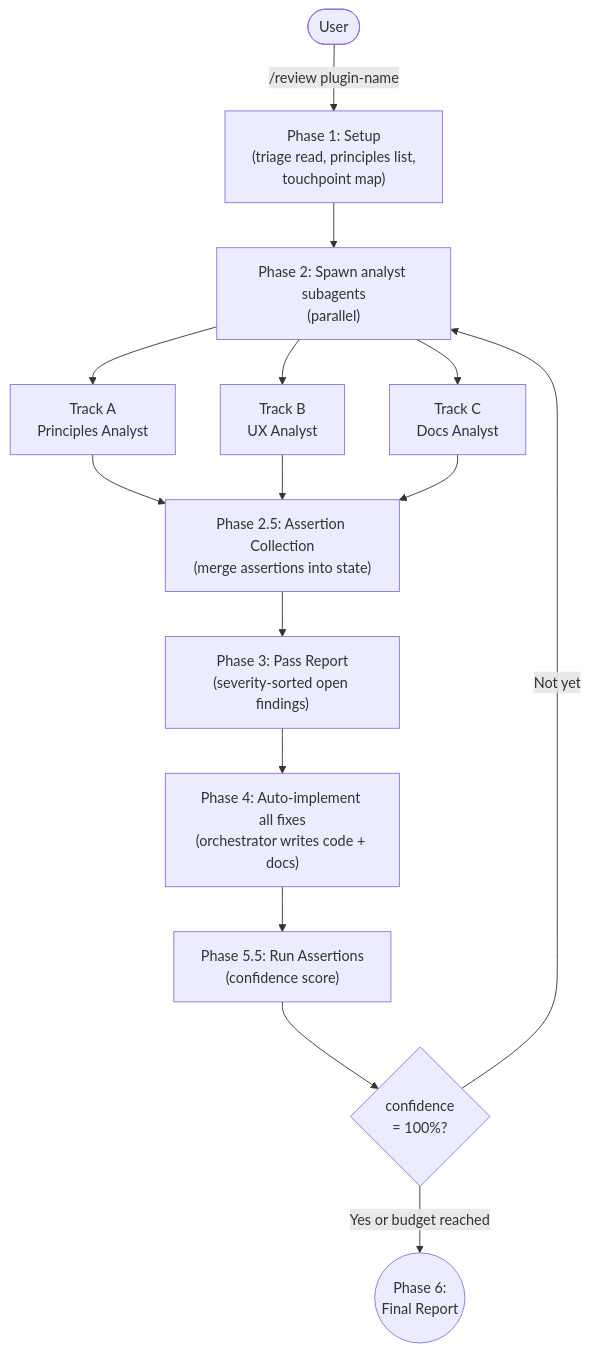
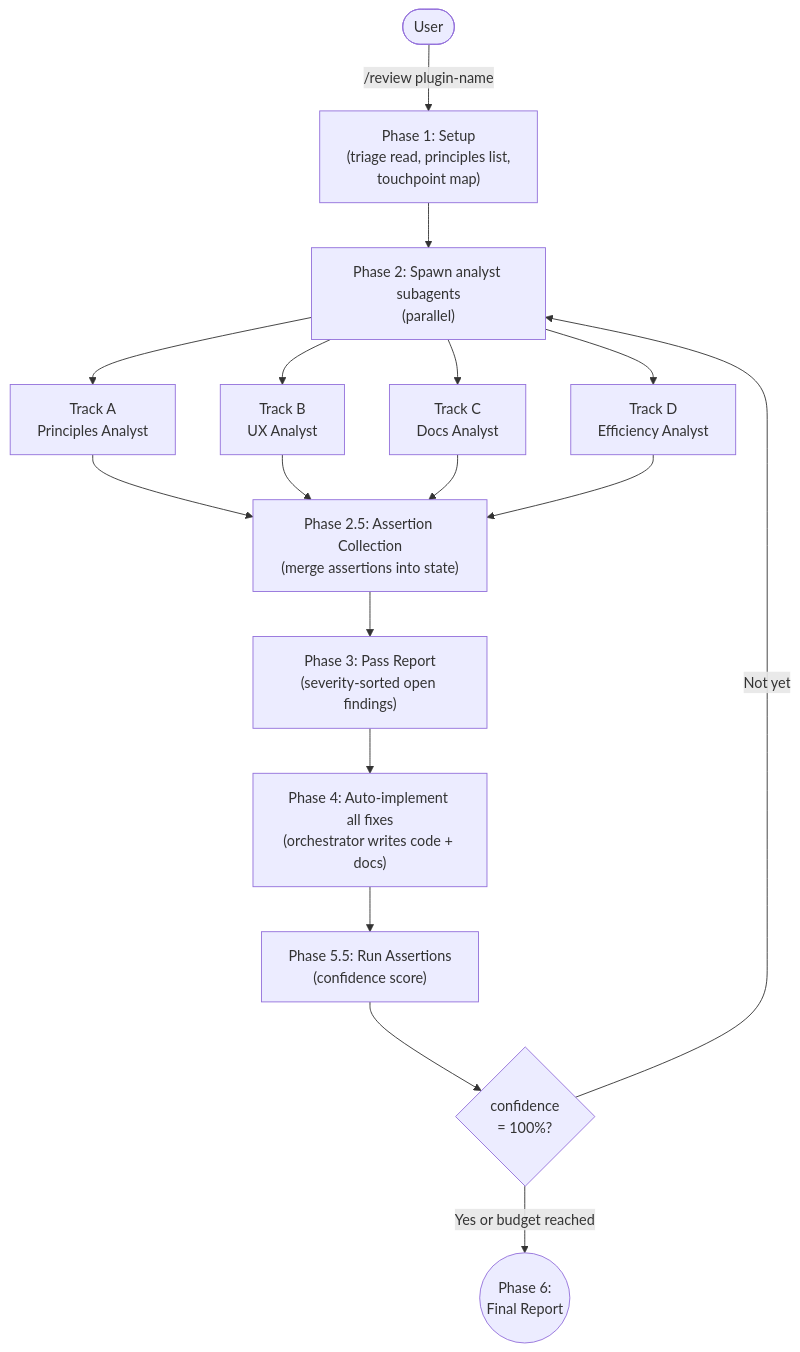
One commit to L3DigitalNet/Claude-Code-Plugins changed the diagram in plugins/plugin-review/README.md. Above: the diagram before and after it, drawn with Mermaid. The commit also changed other lines of this file and 5 other files, not shown here.

First line of the commit message:
fix(plugin-review): final review fixes — Track D label, type enum, cross-refs, diagram

````diff
--- a/plugins/plugin-review/README.md
+++ b/plugins/plugin-review/README.md
@@ -48,17 +48,19 @@
 ```mermaid
 flowchart TD
     User([User]) -->|/review plugin-name| Setup["Phase 1: Setup<br/>(triage read, principles list,<br/>touchpoint map)"]
     Setup --> Spawn["Phase 2: Spawn analyst subagents<br/>(parallel)"]
     Spawn --> TrackA["Track A<br/>Principles Analyst"]
     Spawn --> TrackB["Track B<br/>UX Analyst"]
     Spawn --> TrackC["Track C<br/>Docs Analyst"]
+    Spawn --> TrackD["Track D<br/>Efficiency Analyst"]
     TrackA --> Collect["Phase 2.5: Assertion Collection<br/>(merge assertions into state)"]
     TrackB --> Collect
     TrackC --> Collect
+    TrackD --> Collect
     Collect --> Report["Phase 3: Pass Report<br/>(severity-sorted open findings)"]
     Report --> Fix["Phase 4: Auto-implement all fixes<br/>(orchestrator writes code + docs)"]
     Fix --> Assert["Phase 5.5: Run Assertions<br/>(confidence score)"]
     Assert --> Decision{"confidence<br/>= 100%?"}
     Decision -->|"Not yet"| Spawn
     Decision -->|"Yes or budget reached"| Final(("Phase 6:<br/>Final Report"))
 ```
````
